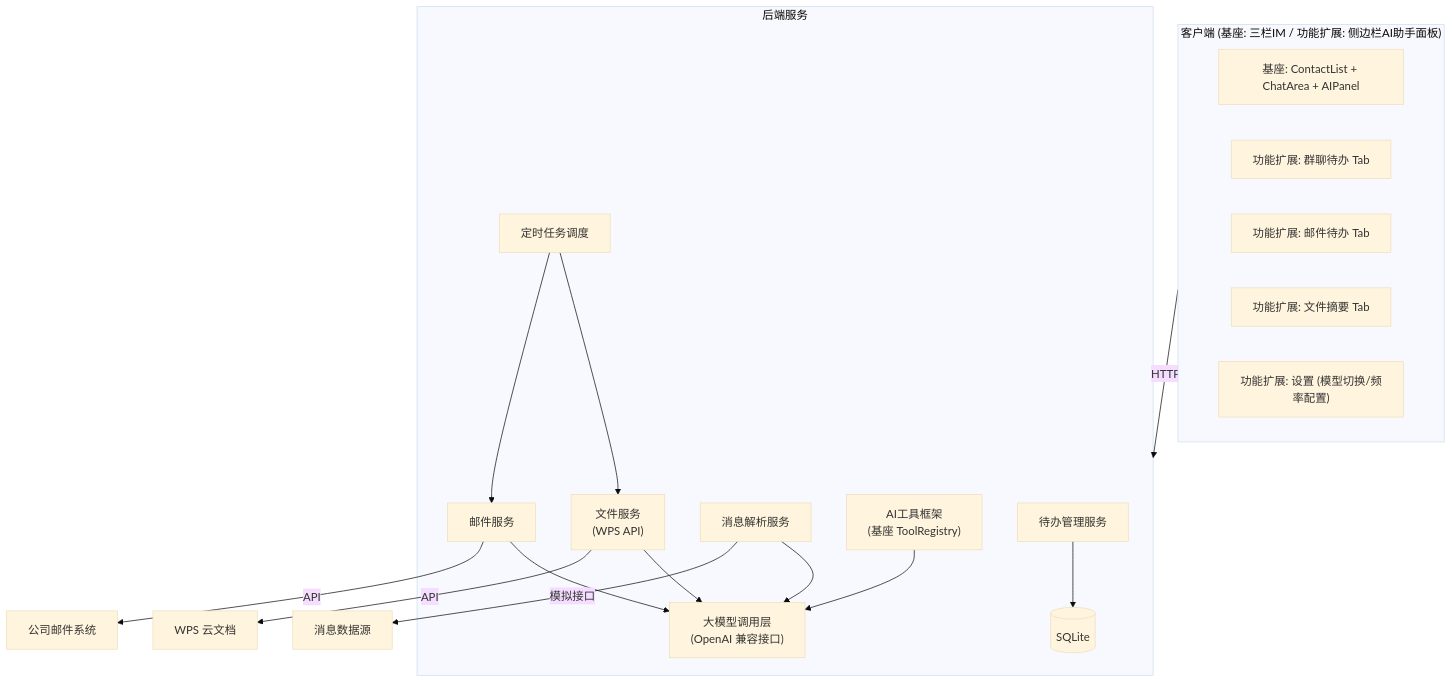
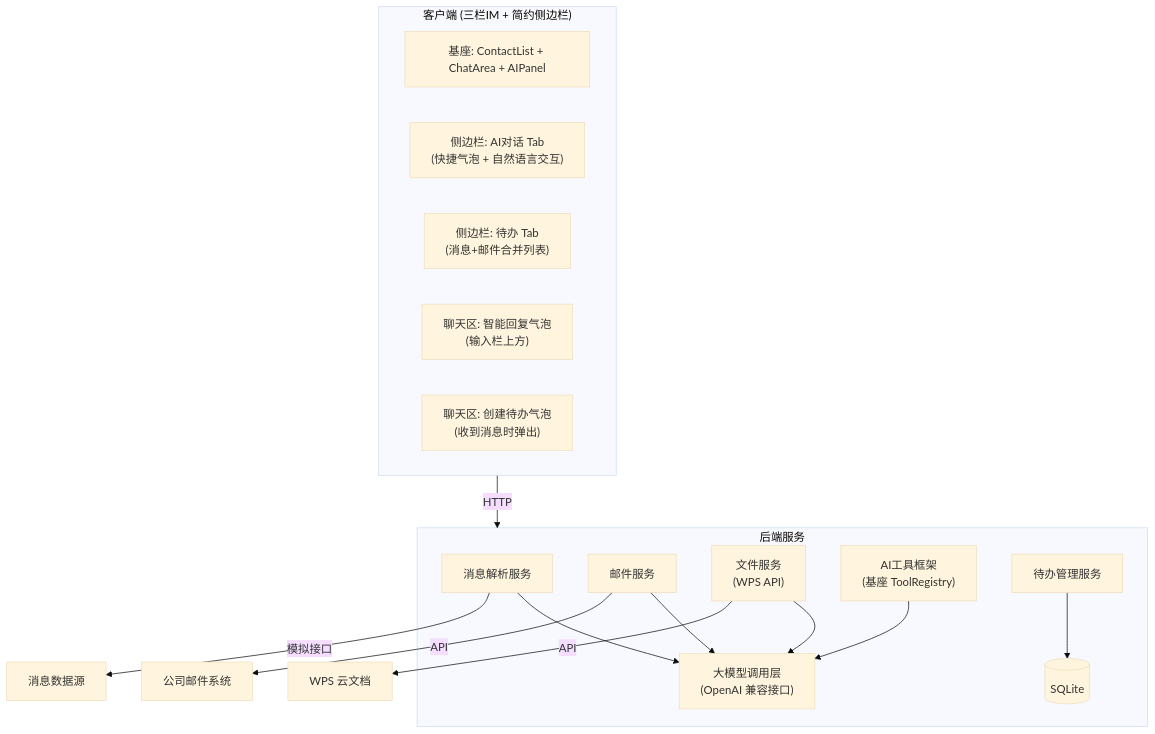
Before and after one commit to SSSokach/nfxx: the first of 5 diagrams in ai-assistant-tech-spec.md, drawn with Mermaid (base theme). The commit also changed other lines of this file and 7 other files, not shown here.

````diff
--- a/ai-assistant-tech-spec.md
+++ b/ai-assistant-tech-spec.md
@@ -119,25 +140,23 @@
 ```mermaid
 graph TB
-    subgraph Client["客户端 (基座: 三栏IM / 功能扩展: 侧边栏AI助手面板)"]
+    subgraph Client["客户端 (三栏IM + 简约侧边栏)"]
         A["基座: ContactList + ChatArea + AIPanel"]
-        B["功能扩展: 群聊待办 Tab"]
-        C["功能扩展: 邮件待办 Tab"]
-        D["功能扩展: 文件摘要 Tab"]
-        E["功能扩展: 设置 (模型切换/频率配置)"]
+        B["侧边栏: AI对话 Tab<br/>(快捷气泡 + 自然语言交互)"]
+        C["侧边栏: 待办 Tab<br/>(消息+邮件合并列表)"]
+        D["聊天区: 智能回复气泡<br/>(输入栏上方)"]
+        E["聊天区: 创建待办气泡<br/>(收到消息时弹出)"]
     end
 
     subgraph Backend["后端服务"]
         F["消息解析服务"] --> G["大模型调用层<br/>(OpenAI 兼容接口)"]
         H["邮件服务"] --> G
         I["文件服务<br/>(WPS API)"] --> G
         J["AI工具框架<br/>(基座 ToolRegistry)"] --> G
         K["待办管理服务"] --> L[(SQLite)]
-        M["定时任务调度"] --> I
-        M --> H
     end
 
     Client -->|HTTP| Backend
     F -->|模拟接口| N["消息数据源"]
     H -->|API| O["公司邮件系统"]
     I -->|API| P["WPS 云文档"]
 ```
````
